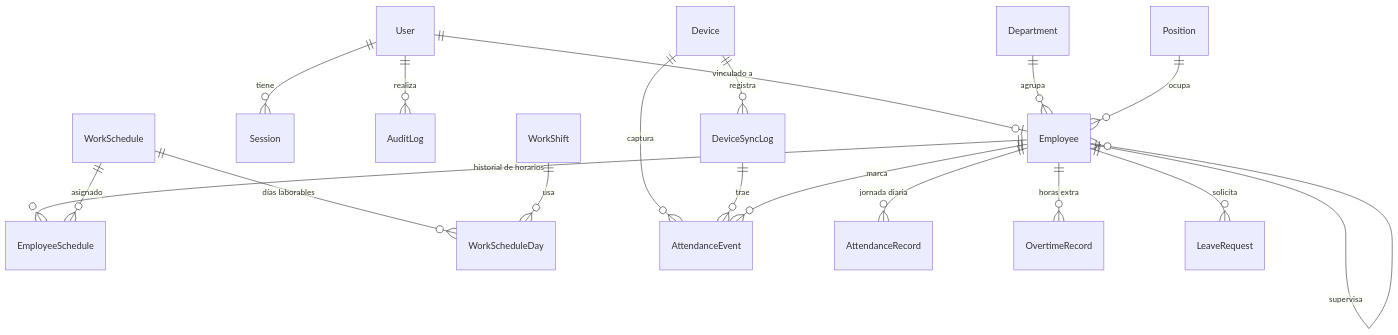
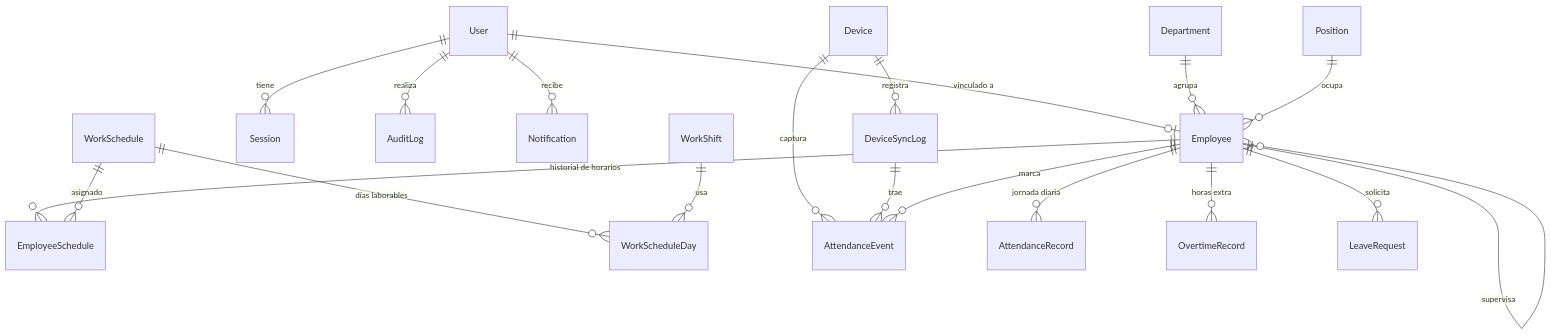
One commit to Angel17jc/AsistControl changed the diagram in docs/database.md. Above: the diagram before and after it, drawn with Mermaid. The commit also changed other lines of this file and 26 other files, not shown here.

````diff
--- a/docs/database.md
+++ b/docs/database.md
@@ -15,20 +15,21 @@
 ```mermaid
 erDiagram
   User ||--o| Employee : "vinculado a"
   User ||--o{ Session : tiene
   User ||--o{ AuditLog : realiza
+  User ||--o{ Notification : recibe
   Department ||--o{ Employee : agrupa
   Position ||--o{ Employee : ocupa
   Employee ||--o{ Employee : supervisa
   Employee ||--o{ EmployeeSchedule : "historial de horarios"
   WorkSchedule ||--o{ EmployeeSchedule : asignado
   WorkSchedule ||--o{ WorkScheduleDay : "días laborables"
   WorkShift ||--o{ WorkScheduleDay : usa
   Device ||--o{ DeviceSyncLog : registra
   Device ||--o{ AttendanceEvent : captura
   DeviceSyncLog ||--o{ AttendanceEvent : trae
   Employee ||--o{ AttendanceEvent : marca
   Employee ||--o{ AttendanceRecord : "jornada diaria"
   Employee ||--o{ OvertimeRecord : "horas extra"
   Employee ||--o{ LeaveRequest : solicita
 ```
````
